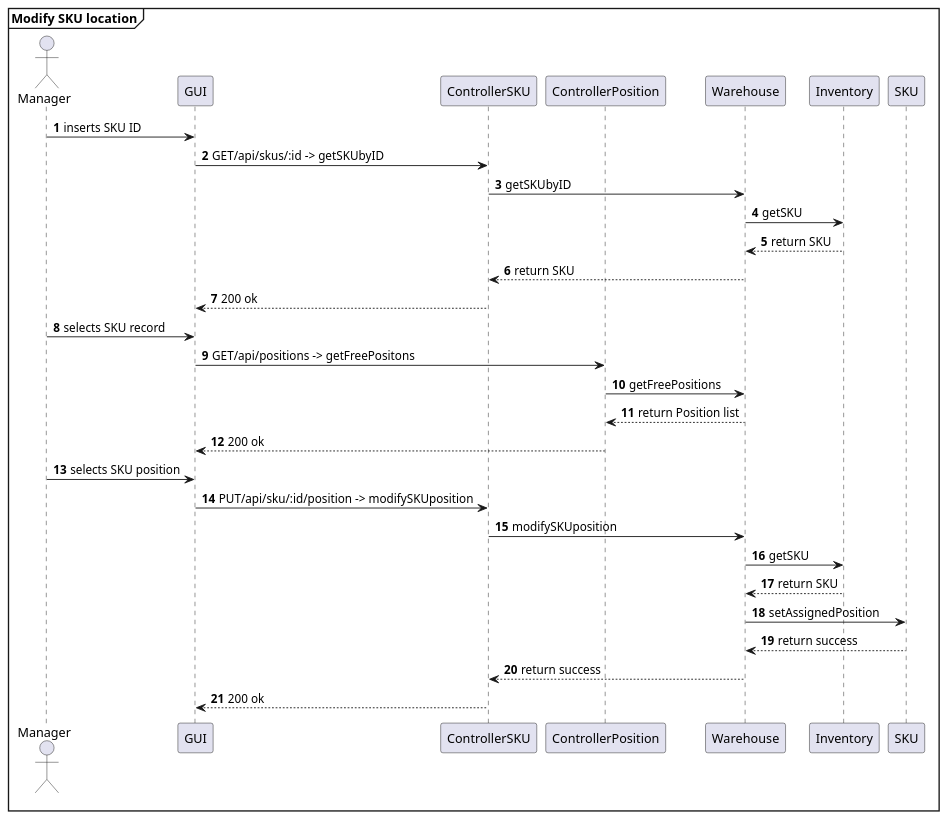
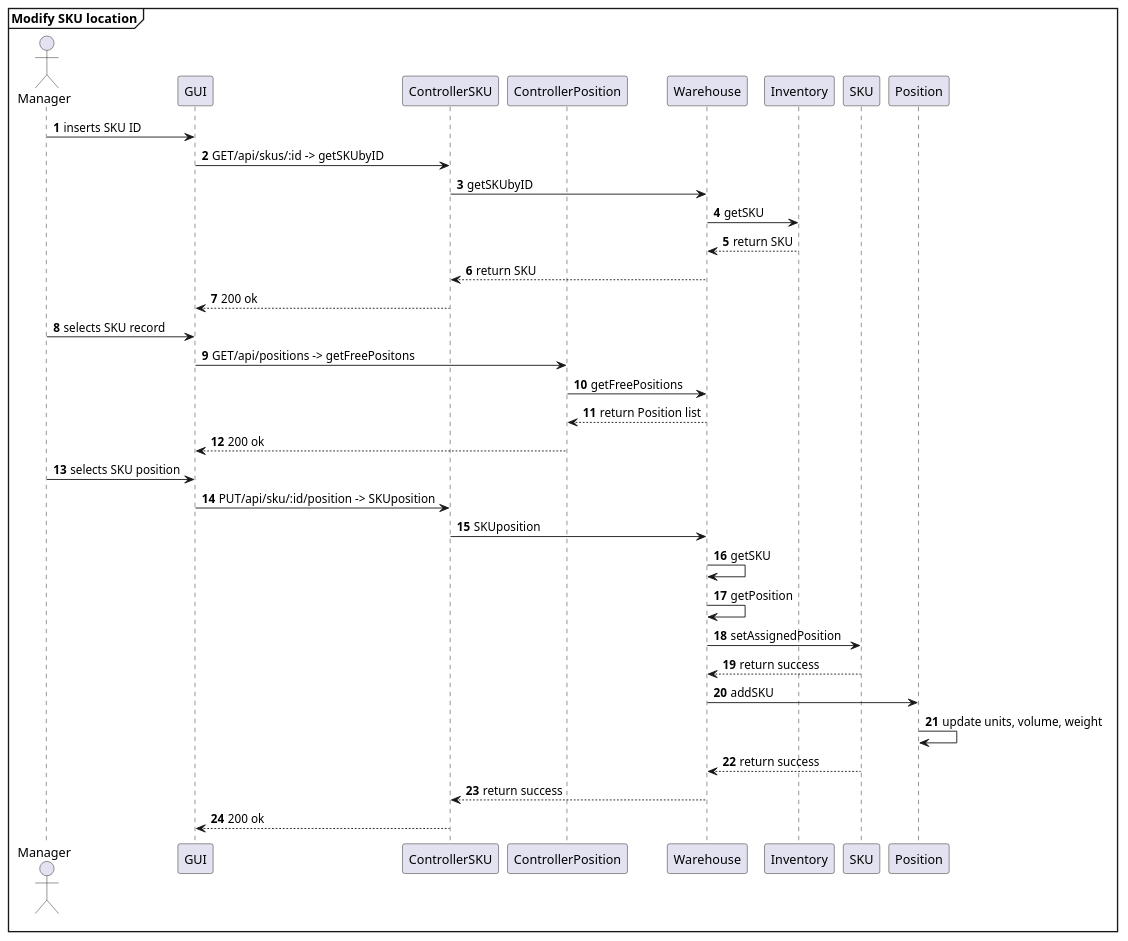
One commit to AlexZampa/EzWh changed the fourth of 32 diagrams in DesignDocument.md. Above: the diagram before and after it, drawn with PlantUML. The commit also changed other lines of this file, not shown here.

````diff
--- a/DesignDocument.md
+++ b/DesignDocument.md
@@ -524,37 +524,40 @@
 ```plantuml
 mainframe **Modify SKU location**
 actor Manager
 participant GUI
 participant ControllerSKU
 participant ControllerPosition
 participant Warehouse
 participant Inventory
 participant SKU
 
 autonumber
 Manager -> GUI : inserts SKU ID
 GUI -> ControllerSKU :  GET/api/skus/:id -> getSKUbyID
 ControllerSKU -> Warehouse : getSKUbyID
 Warehouse -> Inventory : getSKU
 Warehouse <-- Inventory : return SKU
 ControllerSKU <-- Warehouse : return SKU
 GUI <-- ControllerSKU : 200 ok
 
 Manager -> GUI : selects SKU record
 GUI -> ControllerPosition : GET/api/positions -> getFreePositons
 ControllerPosition -> Warehouse : getFreePositions
 ControllerPosition <-- Warehouse : return Position list
 GUI <-- ControllerPosition : 200 ok
 
 Manager -> GUI : selects SKU position
-GUI -> ControllerSKU : PUT/api/sku/:id/position -> modifySKUposition
-ControllerSKU -> Warehouse : modifySKUposition
-Warehouse -> Inventory : getSKU
-Warehouse <-- Inventory : return SKU
+GUI -> ControllerSKU : PUT/api/sku/:id/position -> SKUposition
+ControllerSKU -> Warehouse : SKUposition
+Warehouse -> Warehouse : getSKU
+Warehouse -> Warehouse : getPosition
 Warehouse -> SKU : setAssignedPosition
+Warehouse <-- SKU : return success
+Warehouse -> Position : addSKU
+Position -> Position : update units, volume, weight
 Warehouse <-- SKU : return success
 ControllerSKU <-- Warehouse : return success
 GUI <-- ControllerSKU : 200 ok
 
 @enduml
 ```
````
